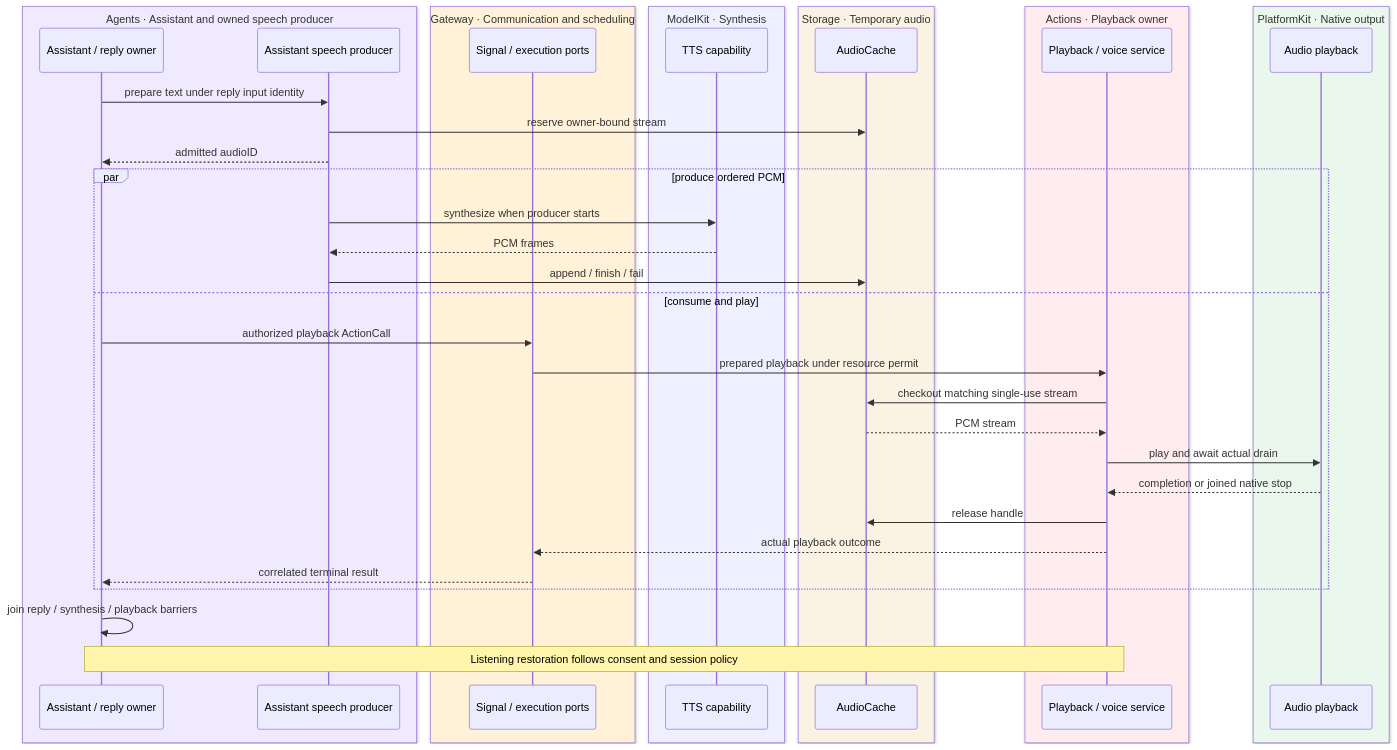
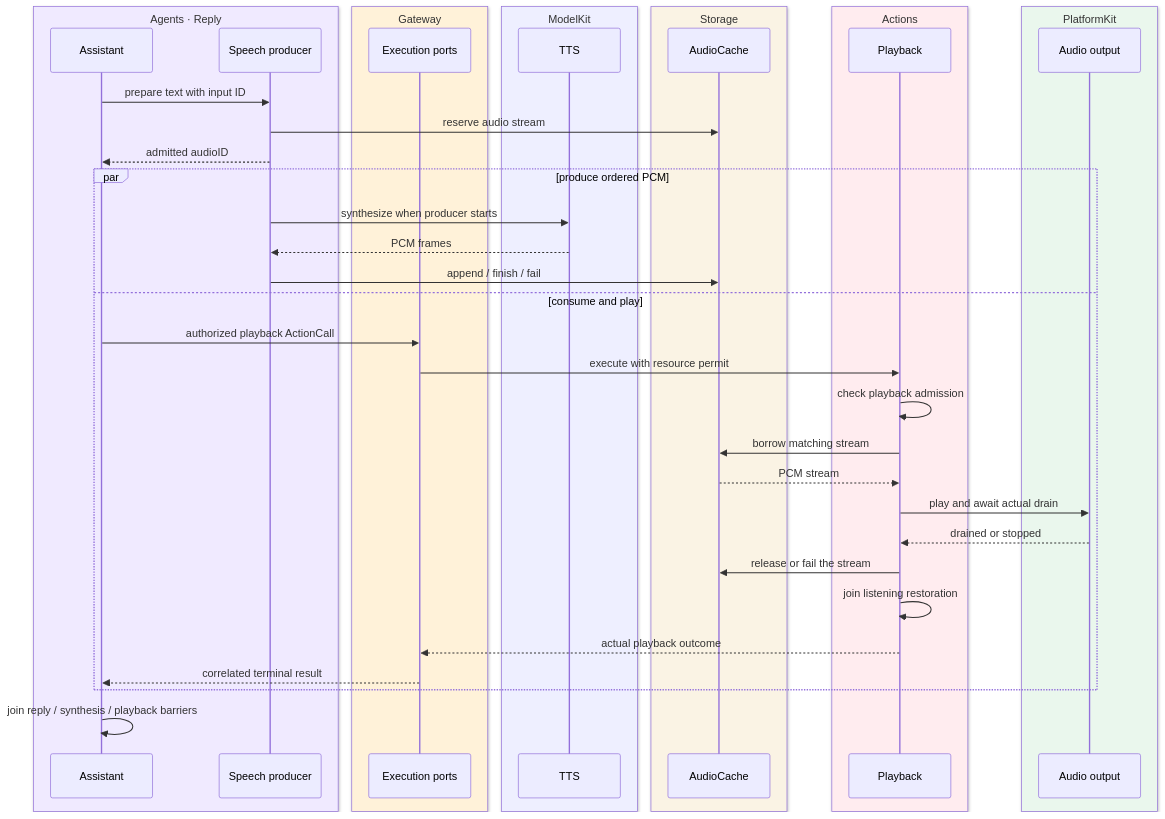
Diagram 17 of 27 in MobileHarness/README.md (devilyouwei/MobileHarness), drawn with Mermaid before and after one commit. The commit also changed other lines of this file and 115 other files, not shown here.

````diff
--- a/MobileHarness/README.md
+++ b/MobileHarness/README.md
@@ -1017,42 +1025,43 @@
 ```mermaid
 sequenceDiagram
-    box rgb(240,234,255) Agents · Assistant and owned speech producer
-        participant A as Assistant / reply owner
-        participant T as Assistant speech producer
+    box rgb(240,234,255) Agents · Reply
+        participant A as Assistant
+        participant T as Speech producer
     end
-    box rgb(255,242,217) Gateway · Communication and scheduling
-        participant G as Signal / execution ports
+    box rgb(255,242,217) Gateway
+        participant G as Execution ports
     end
-    box rgb(238,239,255) ModelKit · Synthesis
-        participant M as TTS capability
+    box rgb(238,239,255) ModelKit
+        participant M as TTS
     end
-    box rgb(250,243,228) Storage · Temporary audio
+    box rgb(250,243,228) Storage
         participant C as AudioCache
     end
-    box rgb(255,236,239) Actions · Playback owner
-        participant P as Playback / voice service
+    box rgb(255,236,239) Actions
+        participant P as Playback
     end
-    box rgb(234,247,237) PlatformKit · Native output
-        participant N as Audio playback
+    box rgb(234,247,237) PlatformKit
+        participant N as Audio output
     end
-    A->>T: prepare text under reply input identity
-    T->>C: reserve owner-bound stream
+    A->>T: prepare text with input ID
+    T->>C: reserve audio stream
     T-->>A: admitted audioID
     par produce ordered PCM
         T->>M: synthesize when producer starts
         M-->>T: PCM frames
         T->>C: append / finish / fail
     and consume and play
         A->>G: authorized playback ActionCall
-        G->>P: prepared playback under resource permit
-        P->>C: checkout matching single-use stream
+        G->>P: execute with resource permit
+        P->>P: check playback admission
+        P->>C: borrow matching stream
         C-->>P: PCM stream
         P->>N: play and await actual drain
-        N-->>P: completion or joined native stop
-        P->>C: release handle
+        N-->>P: drained or stopped
+        P->>C: release or fail the stream
+        P->>P: join listening restoration
         P-->>G: actual playback outcome
         G-->>A: correlated terminal result
     end
     A->>A: join reply / synthesis / playback barriers
-    Note over A,P: Listening restoration follows consent and session policy
 ```
````
